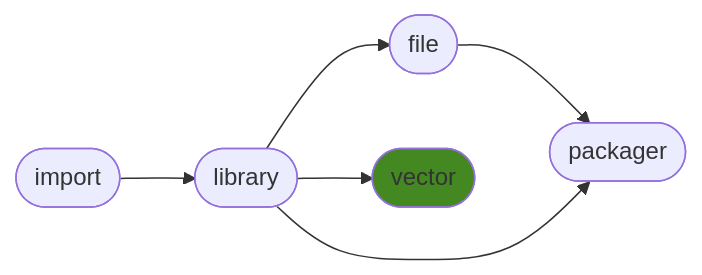
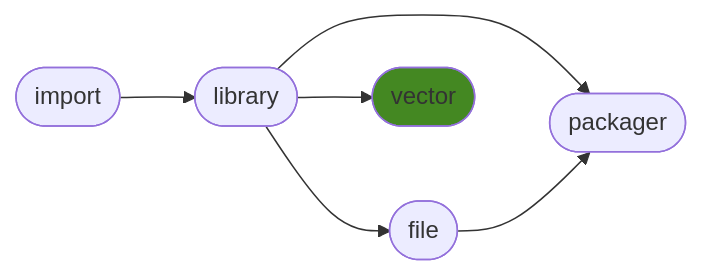
One commit to ManderaGeneral/generalvector changed the diagram in README.md. Above: the diagram before and after it, drawn with Mermaid. The commit also changed other lines of this file, not shown here.

````diff
--- a/README.md
+++ b/README.md
@@ -16,14 +16,14 @@
 ```mermaid
 flowchart LR
+1([library]) --> 4([packager])
 1([library]) --> 2([file])
 2([file]) --> 4([packager])
+0([import]) --> 1([library])
 1([library]) --> 3([vector])
-0([import]) --> 1([library])
-1([library]) --> 4([packager])
 click 0 "https://github.com/ManderaGeneral/generalimport"
 click 1 "https://github.com/ManderaGeneral/generallibrary"
 click 2 "https://github.com/ManderaGeneral/generalfile"
 click 3 "https://github.com/ManderaGeneral/generalvector"
 click 4 "https://github.com/ManderaGeneral/generalpackager"
 style 3 fill:#482
 ```
````
